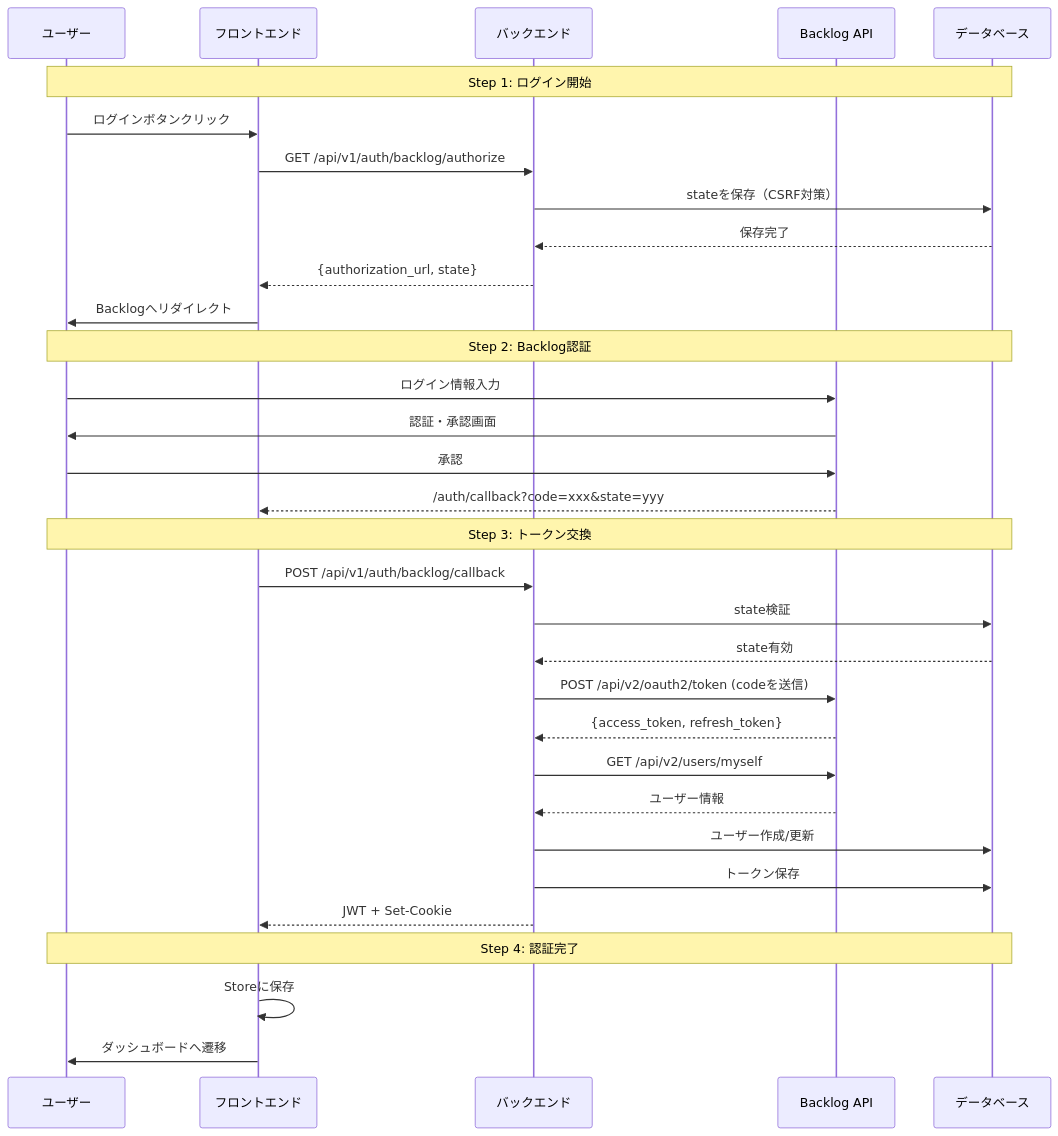
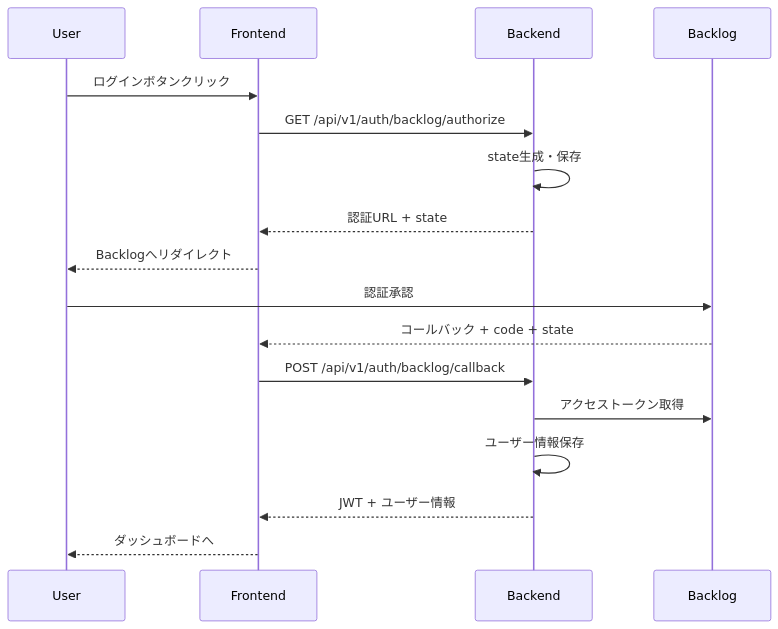
The second of 3 diagrams in Doc/implementation-guide.md (rasshii/team-insight), drawn with Mermaid before and after one commit. The commit also changed other lines of this file and 21 other files, not shown here.

````diff
--- a/Doc/implementation-guide.md
+++ b/Doc/implementation-guide.md
@@ -598,38 +174,20 @@
 ```mermaid
 sequenceDiagram
-    participant U as ユーザー
-    participant F as フロントエンド
-    participant B as バックエンド
-    participant BL as Backlog API
-    participant DB as データベース
+    participant User
+    participant Frontend
+    participant Backend
+    participant Backlog
 
-    Note over U,DB: Step 1: ログイン開始
-    U->>F: ログインボタンクリック
-    F->>B: GET /api/v1/auth/backlog/authorize
-    B->>DB: stateを保存（CSRF対策）
-    DB-->>B: 保存完了
-    B-->>F: {authorization_url, state}
-    F->>U: Backlogへリダイレクト
-
-    Note over U,DB: Step 2: Backlog認証
-    U->>BL: ログイン情報入力
-    BL->>U: 認証・承認画面
-    U->>BL: 承認
-    BL-->>F: /auth/callback?code=xxx&state=yyy
-
-    Note over U,DB: Step 3: トークン交換
-    F->>B: POST /api/v1/auth/backlog/callback
-    B->>DB: state検証
-    DB-->>B: state有効
-    B->>BL: POST /api/v2/oauth2/token (codeを送信)
-    BL-->>B: {access_token, refresh_token}
-    B->>BL: GET /api/v2/users/myself
-    BL-->>B: ユーザー情報
-    B->>DB: ユーザー作成/更新
-    B->>DB: トークン保存
-    B-->>F: JWT + Set-Cookie
-
-    Note over U,DB: Step 4: 認証完了
-    F->>F: Storeに保存
-    F->>U: ダッシュボードへ遷移
+    User->>Frontend: ログインボタンクリック
+    Frontend->>Backend: GET /api/v1/auth/backlog/authorize
+    Backend->>Backend: state生成・保存
+    Backend-->>Frontend: 認証URL + state
+    Frontend-->>User: Backlogへリダイレクト
+    User->>Backlog: 認証承認
+    Backlog-->>Frontend: コールバック + code + state
+    Frontend->>Backend: POST /api/v1/auth/backlog/callback
+    Backend->>Backlog: アクセストークン取得
+    Backend->>Backend: ユーザー情報保存
+    Backend-->>Frontend: JWT + ユーザー情報
+    Frontend-->>User: ダッシュボードへ
 ```
````
